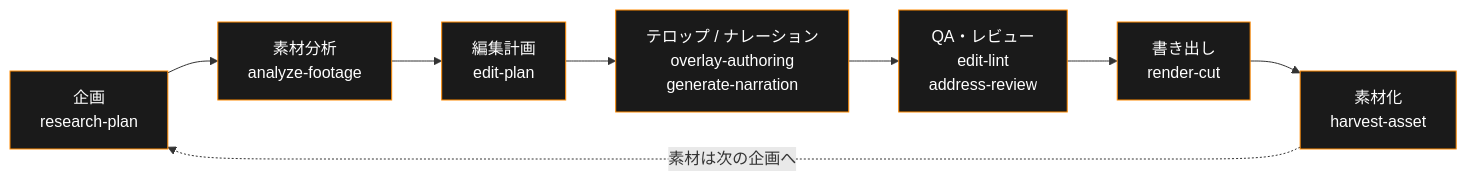
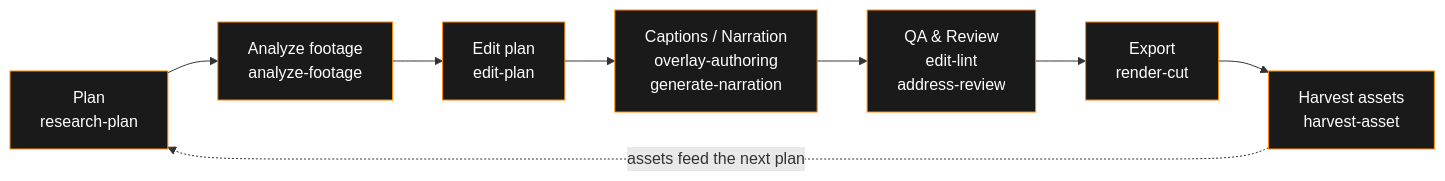
The diagram in README.md (AkariLabs/akari-video), drawn with Mermaid before and after one commit. The commit also changed other lines of this file and 7 other files, not shown here.

````diff
--- a/README.md
+++ b/README.md
@@ -56,12 +63,12 @@
 ```mermaid
 flowchart LR
-    A["企画<br/>research-plan"] --> B["素材分析<br/>analyze-footage"]
-    B --> C["編集計画<br/>edit-plan"]
-    C --> D["テロップ / ナレーション<br/>overlay-authoring<br/>generate-narration"]
-    D --> E["QA・レビュー<br/>edit-lint<br/>address-review"]
-    E --> F["書き出し<br/>render-cut"]
-    F --> G["素材化<br/>harvest-asset"]
-    G -.素材は次の企画へ.-> A
+    A["Plan<br/>research-plan"] --> B["Analyze footage<br/>analyze-footage"]
+    B --> C["Edit plan<br/>edit-plan"]
+    C --> D["Captions / Narration<br/>overlay-authoring<br/>generate-narration"]
+    D --> E["QA & Review<br/>edit-lint<br/>address-review"]
+    E --> F["Export<br/>render-cut"]
+    F --> G["Harvest assets<br/>harvest-asset"]
+    G -.assets feed the next plan.-> A
     classDef stage fill:#1a1a1a,stroke:#ff8a00,color:#ffffff
     class A,B,C,D,E,F,G stage
 ```
````
